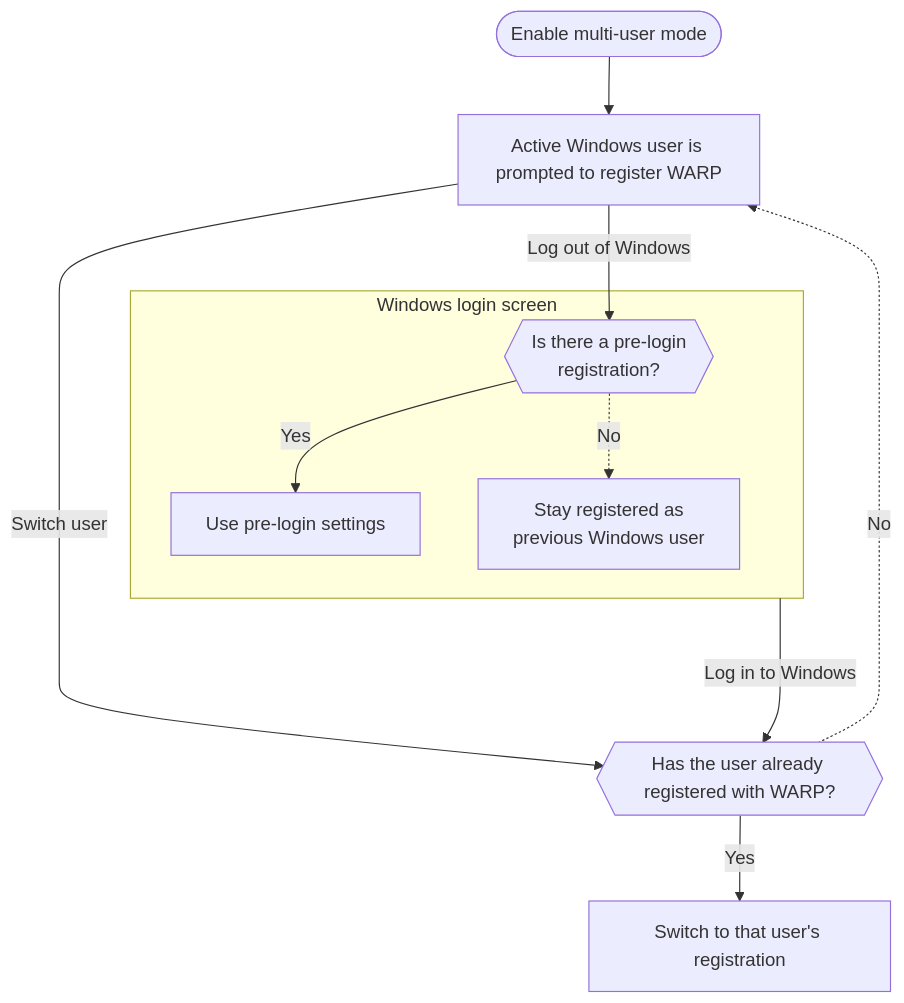
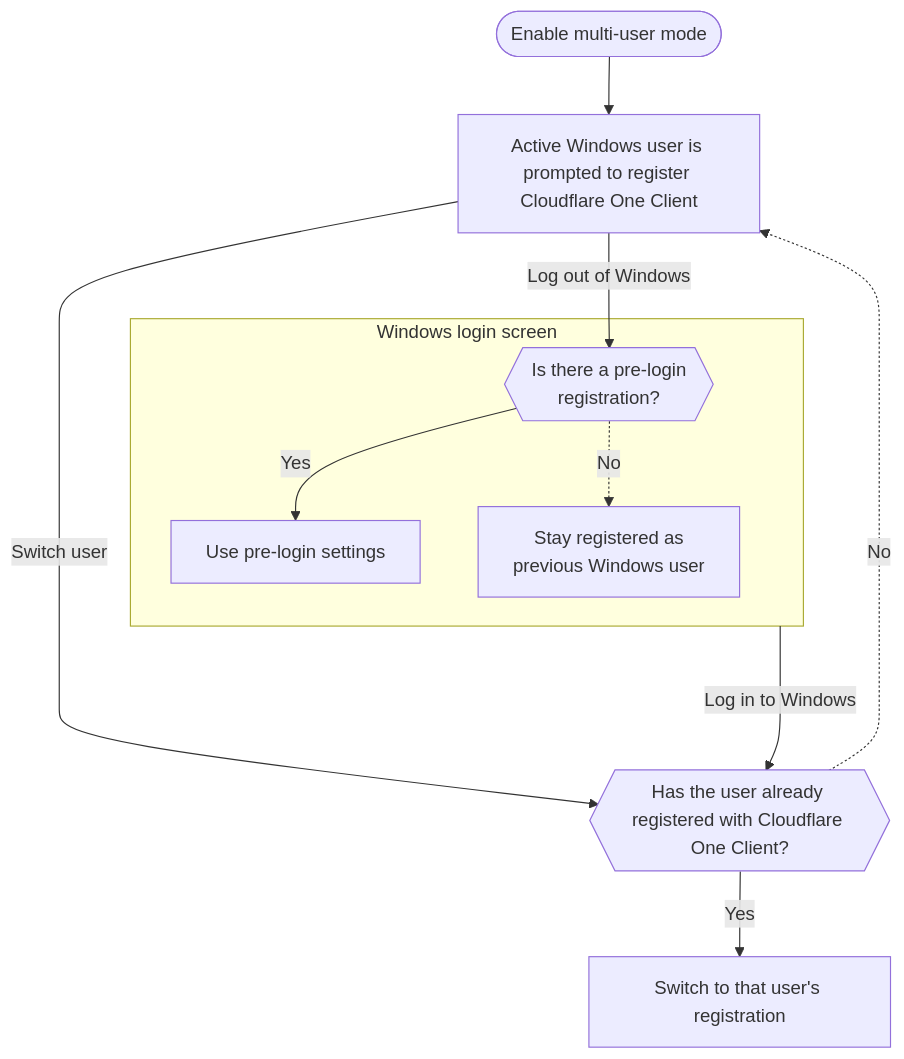
The diagram in src/content/docs/cloudflare-one/team-and-resources/devices/cloudflare-one-client/deployment/mdm-deployment/windows-multiuser.mdx (rdhanarot/cloudflare-docs), drawn with Mermaid before and after one commit. The commit also changed other lines of this file and 22 other files, not shown here.

First line of the commit message:
[ZT] WARP Client --> Cloudflare One Client image audit (#29104)

````diff
--- a/src/content/docs/cloudflare-one/team-and-resources/devices/cloudflare-one-client/deployment/mdm-deployment/windows-multiuser.mdx
+++ b/src/content/docs/cloudflare-one/team-and-resources/devices/cloudflare-one-client/deployment/mdm-deployment/windows-multiuser.mdx
@@ -92,18 +92,18 @@
 ```mermaid
 flowchart TB
-    start(["Enable multi-user mode"])-->reg["Active Windows user is prompted to register WARP"]
+    start(["Enable multi-user mode"])-->reg["Active Windows user is prompted to register Cloudflare One Client"]
 		reg--"Log out of Windows"-->prelogin
 		reg--"Switch user"-->regexists
 
     subgraph preloginbehavior["Windows login screen"]
 		prelogin{{"Is there a pre-login <br />registration?"}}
     preloginyes["Use pre-login settings"]
 		prelogin--"Yes"-->preloginyes
 		prelogin-. "No" .->preloginno
 		preloginno["Stay registered as <br />previous Windows user"]
 		end
 
-		preloginbehavior--"Log in to Windows"---->regexists{{"Has the user already registered with WARP?"}}
+		preloginbehavior--"Log in to Windows"---->regexists{{"Has the user already registered with Cloudflare One Client?"}}
 		regexists--"Yes"-->user["Switch to that user's registration"]
 		regexists-. "No" .->reg
 ```
````
